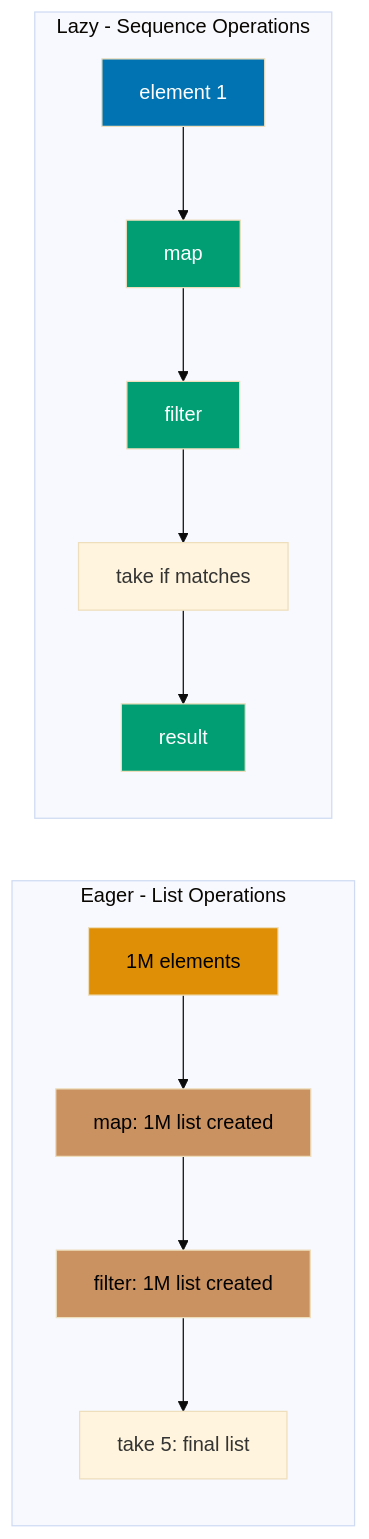
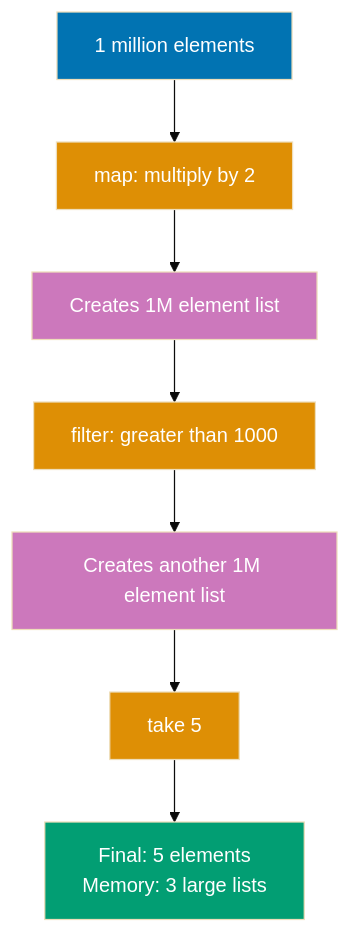
One commit to wahidyankf/open-sharia-enterprise changed the tenth of 16 diagrams in apps/ayokoding-web/content/en/learn/software-engineering/programming-languages/kotlin/tutorials/by-example/intermediate.md. Above: the diagram before and after it, drawn with Mermaid (base theme). The commit also changed other lines of this file and 86 other files, not shown here.

First line of the commit message:
feat(diagrams): implement TD default layout and diagram splitting for mobile

````diff
--- a/apps/ayokoding-web/content/en/learn/software-engineering/programming-languages/kotlin/tutorials/by-example/intermediate.md
+++ b/apps/ayokoding-web/content/en/learn/software-engineering/programming-languages/kotlin/tutorials/by-example/intermediate.md
@@ -738,24 +804,19 @@
 ```mermaid
-%% Eager vs Lazy evaluation comparison
-graph LR
-    subgraph Eager[Eager - List Operations]
-        E1[1M elements] --> EM[map: 1M list created]
-        EM --> EF[filter: 1M list created]
-        EF --> ET[take 5: final list]
-    end
+%% Color Palette: Blue #0173B2, Orange #DE8F05, Teal #029E73, Purple #CC78BC, Brown #CA9161
+graph TD
+    Input[1 million elements]
+    Input --> Map[map: multiply by 2]
+    Map --> MapList[Creates 1M element list]
+    MapList --> Filter[filter: greater than 1000]
+    Filter --> FilterList[Creates another 1M element list]
+    FilterList --> Take[take 5]
+    Take --> Result[Final: 5 elements<br/>Memory: 3 large lists]
 
-    subgraph Lazy[Lazy - Sequence Operations]
-        L1[element 1] --> LM1[map]
-        LM1 --> LF1[filter]
-        LF1 --> LT1[take if matches]
-        LT1 --> LR1[result]
-    end
-
-    style E1 fill:#DE8F05,color:#000
-    style EM fill:#CA9161,color:#000
-    style EF fill:#CA9161,color:#000
-    style L1 fill:#0173B2,color:#fff
-    style LM1 fill:#029E73,color:#fff
-    style LF1 fill:#029E73,color:#fff
-    style LR1 fill:#029E73,color:#fff
+    style Input fill:#0173B2,color:#fff
+    style Map fill:#DE8F05,color:#fff
+    style MapList fill:#CC78BC,color:#fff
+    style Filter fill:#DE8F05,color:#fff
+    style FilterList fill:#CC78BC,color:#fff
+    style Take fill:#DE8F05,color:#fff
+    style Result fill:#029E73,color:#fff
 ```
````
